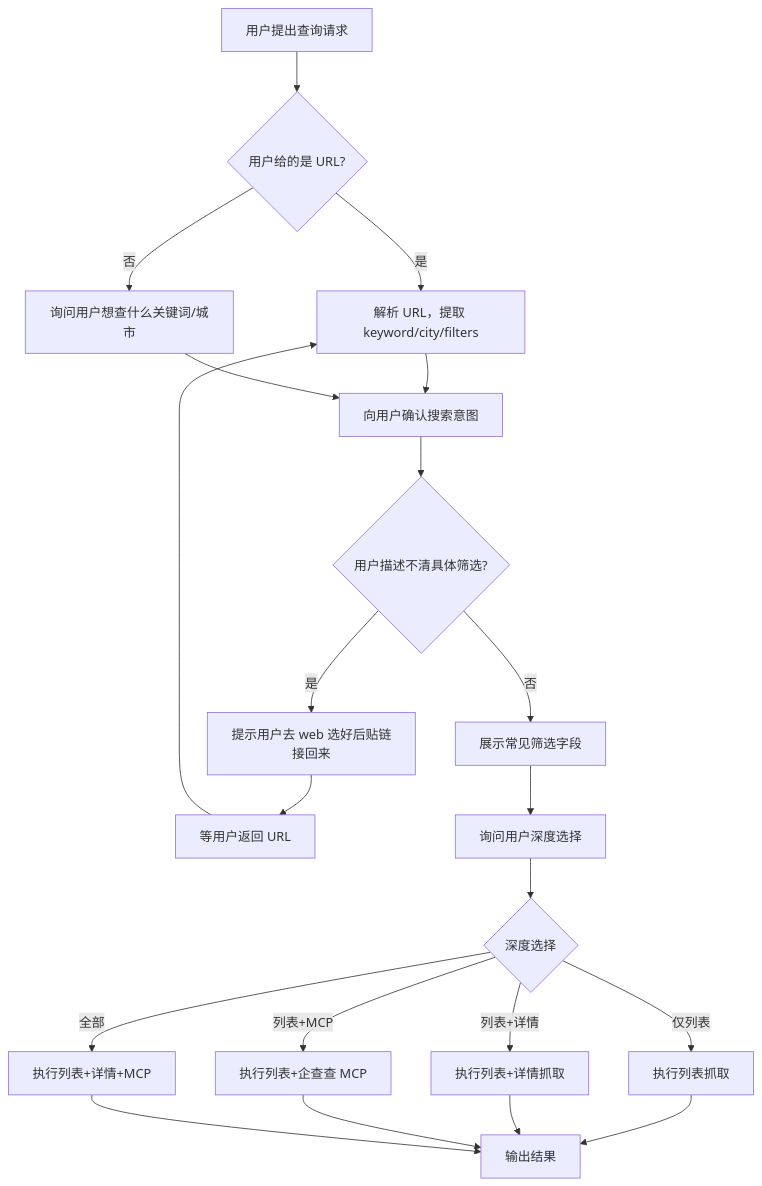
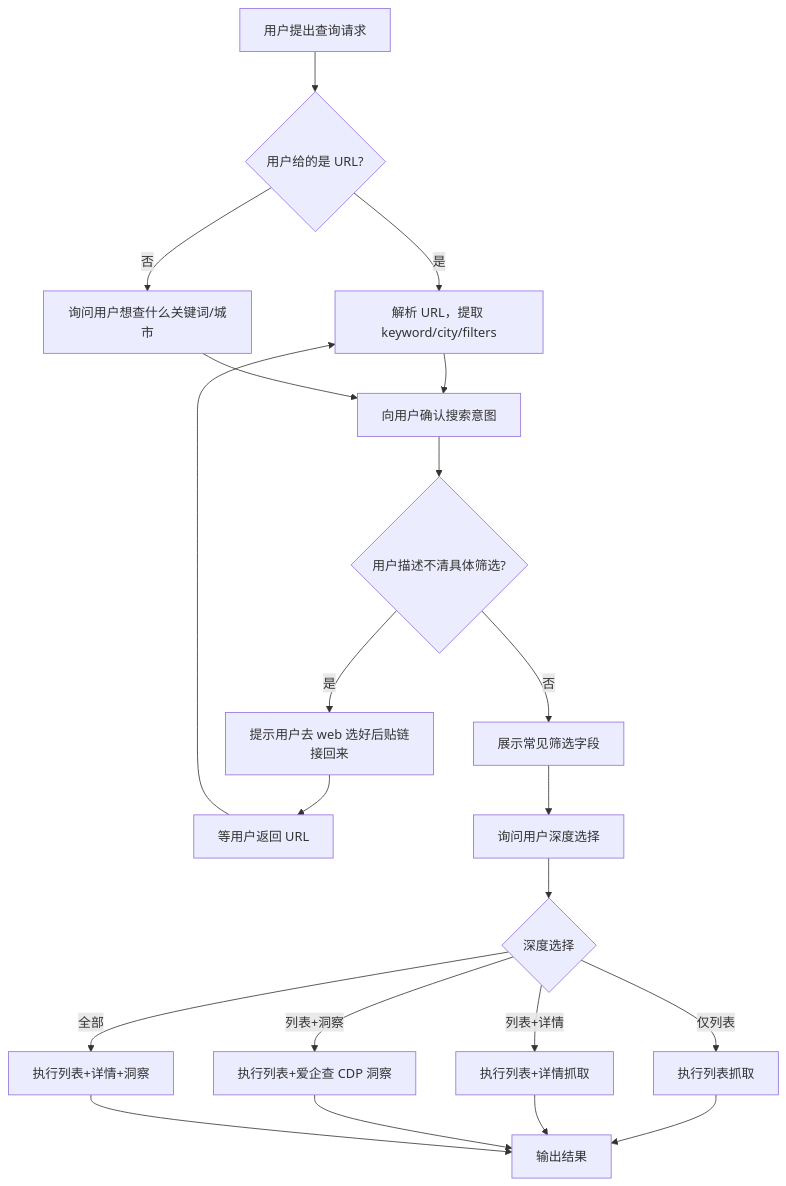
Before and after one commit to mednight4/boss-zhipin-scraper: the diagram in specs/task_pipeline_progressive_inquiry.md, drawn with Mermaid. The commit also changed other lines of this file and 11 other files, not shown here.

````diff
--- a/specs/task_pipeline_progressive_inquiry.md
+++ b/specs/task_pipeline_progressive_inquiry.md
@@ -21,27 +21,27 @@
 ```mermaid
 flowchart TD
     A[用户提出查询请求] --> B{用户给的是 URL?}
     B -->|是| C[解析 URL，提取 keyword/city/filters]
     B -->|否| D[询问用户想查什么关键词/城市]
 
     C --> E[向用户确认搜索意图]
     D --> E
 
     E --> F{用户描述不清具体筛选?}
     F -->|是| G[提示用户去 web 选好后贴链接回来]
     G --> H[等用户返回 URL]
     H --> C
     F -->|否| I[展示常见筛选字段]
 
     I --> J[询问用户深度选择]
     J --> K{深度选择}
     K -->|仅列表| L[执行列表抓取]
     K -->|列表+详情| M[执行列表+详情抓取]
-    K -->|列表+MCP| N[执行列表+企查查 MCP]
-    K -->|全部| O[执行列表+详情+MCP]
+    K -->|列表+洞察| N[执行列表+爱企查 CDP 洞察]
+    K -->|全部| O[执行列表+详情+洞察]
 
     L --> P[输出结果]
     M --> P
     N --> P
     O --> P
 ```
````
